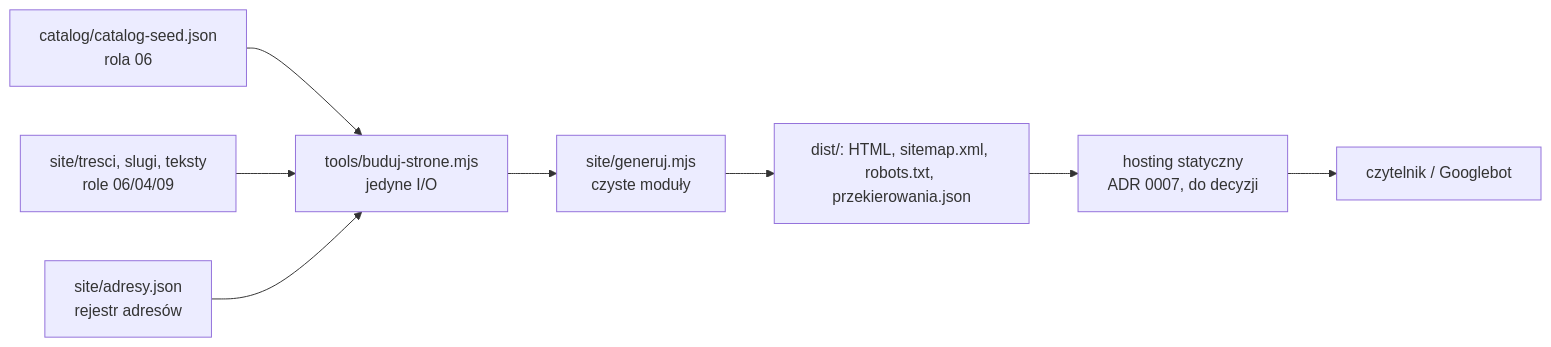
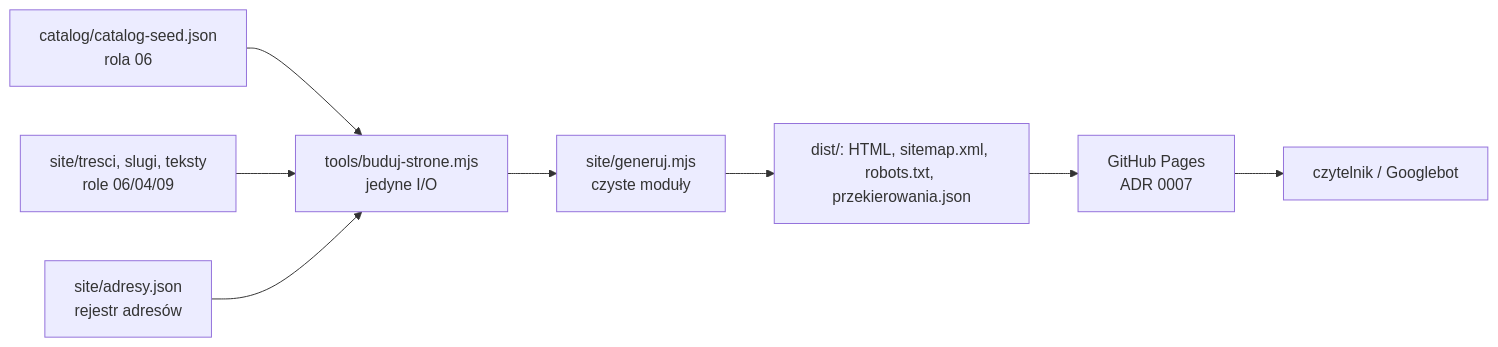
One commit to lkarwowski494/jaratlas-www changed the diagram in docs/architektura/README.md. Above: the diagram before and after it, drawn with Mermaid. The commit also changed other lines of this file, not shown here.

Commit message:
README architektury: hosting według ADR 0007
Claude-Session: https://claude.ai/code/session_01T66VBynJwE9R3enQnFumVg

````diff
--- a/docs/architektura/README.md
+++ b/docs/architektura/README.md
@@ -12,10 +12,10 @@
 ```mermaid
 flowchart LR
   K[catalog/catalog-seed.json<br>rola 06] --> B
   T[site/tresci, slugi, teksty<br>role 06/04/09] --> B
   A[site/adresy.json<br>rejestr adresów] --> B
   B[tools/buduj-strone.mjs<br>jedyne I/O] --> G[site/generuj.mjs<br>czyste moduły]
   G --> D[dist/: HTML, sitemap.xml, robots.txt, przekierowania.json]
-  D --> H[hosting statyczny<br>ADR 0007, do decyzji]
+  D --> H[GitHub Pages<br>ADR 0007]
   H --> U[czytelnik / Googlebot]
 ```
````
